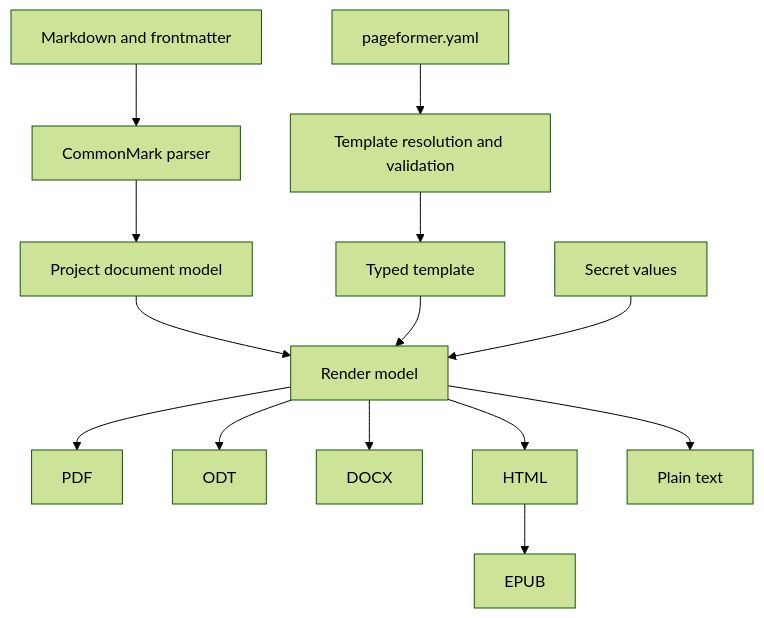
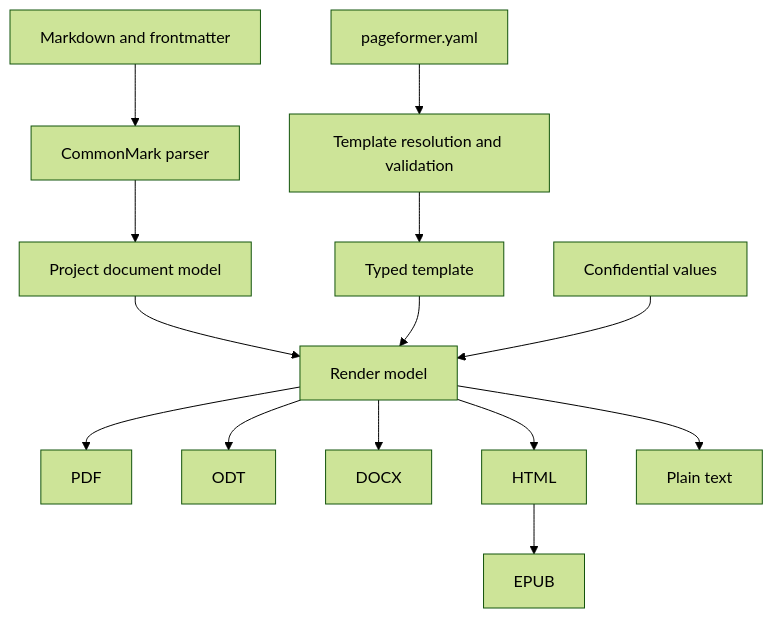
The diagram in docs/architecture.md (Tralen/pageformer), drawn with Mermaid (forest theme) before and after one commit. The commit also changed other lines of this file and 15 other files, not shown here.

````diff
--- a/docs/architecture.md
+++ b/docs/architecture.md
@@ -5,16 +5,16 @@
 ```mermaid
 flowchart TD
     MD[Markdown and frontmatter] --> Parser[CommonMark parser]
     Parser --> AST[Project document model]
     YAML[pageformer.yaml] --> Resolver[Template resolution and validation]
     Resolver --> Template[Typed template]
     AST --> Render[Render model]
     Template --> Render
-    Secrets[Secret values] --> Render
+    Confidential[Confidential values] --> Render
     Render --> PDF[PDF]
     Render --> ODT[ODT]
     Render --> DOCX[DOCX]
     Render --> HTML[HTML]
     HTML --> EPUB[EPUB]
     Render --> TXT[Plain text]
 ```
````
